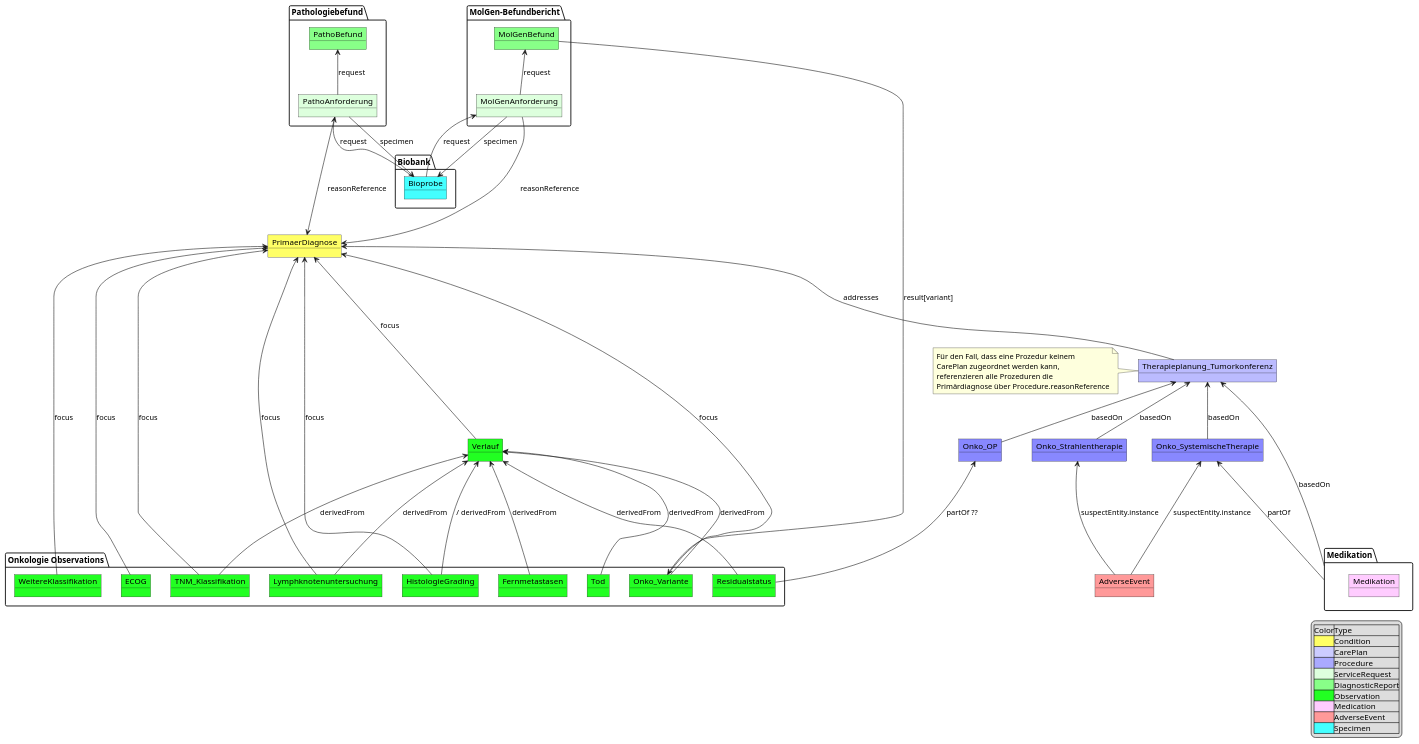
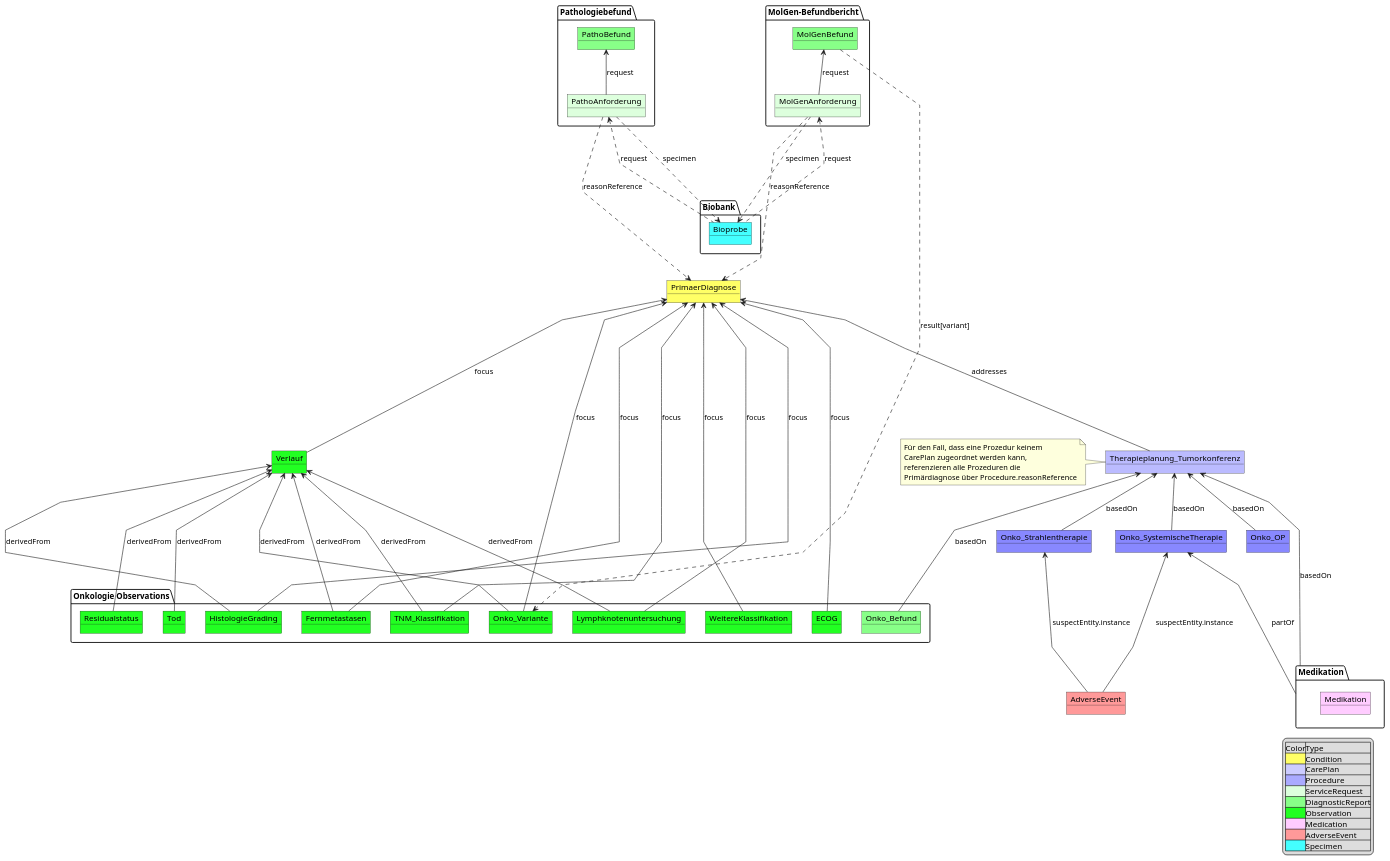
Before and after one commit to medizininformatik-initiative/kerndatensatzmodul-onkologie: the diagram in information_model/MII_Onko_UML_Relations.pu, drawn with PlantUML. The commit also changed 1 other file, not shown here.

```diff
--- a/information_model/MII_Onko_UML_Relations.pu
+++ b/information_model/MII_Onko_UML_Relations.pu
@@ -3,102 +3,102 @@
 @startuml MII KDS Erweiterungsmodul Onkologie
-
+skinparam linetype polyline
 object Onko_OP #8888FF
 object Onko_Strahlentherapie #8888FF
 object Onko_SystemischeTherapie #8888FF
 object Therapieplanung_Tumorkonferenz #BBBBFF
 note left of Therapieplanung_Tumorkonferenz 
   Für den Fall, dass eine Prozedur keinem 
   CarePlan zugeordnet werden kann,
   referenzieren alle Prozeduren die 
   Primärdiagnose über Procedure.reasonReference
 end note
 
 Therapieplanung_Tumorkonferenz <-- Onko_OP: basedOn 
 Therapieplanung_Tumorkonferenz <-- Onko_Strahlentherapie: basedOn
 Therapieplanung_Tumorkonferenz <-- Onko_SystemischeTherapie: basedOn
 package "Medikation" {
     object Medikation #FFCCFF
 }
 Onko_SystemischeTherapie <--- Medikation : partOf 
 Therapieplanung_Tumorkonferenz <--- Medikation: basedOn
 object PrimaerDiagnose #FFFF66
 
 package "Onkologie Observations"{
     object Onko_Variante #22FF22
     object Fernmetastasen #22FF22
     object TNM_Klassifikation #22FF22
     object WeitereKlassifikation #22FF22 
     object Lymphknotenuntersuchung #22FF22
     object HistologieGrading #22FF22
     object Residualstatus #22FF22
     object ECOG #22FF22
     object Tod #22FF22
+    object Onko_Befund #88FF88
+
 }
 
 PrimaerDiagnose <--- TNM_Klassifikation: focus
 PrimaerDiagnose <---  Therapieplanung_Tumorkonferenz : addresses
 PrimaerDiagnose <--- Lymphknotenuntersuchung: focus
 PrimaerDiagnose <--- HistologieGrading :focus
 PrimaerDiagnose <--- Onko_Variante :focus
 PrimaerDiagnose <--- WeitereKlassifikation: focus
 PrimaerDiagnose <--- ECOG :focus
+PrimaerDiagnose <--- Fernmetastasen :focus
 
+Therapieplanung_Tumorkonferenz <--- Onko_Befund  : basedOn
 
 object Verlauf #22FF22
 PrimaerDiagnose <----  Verlauf : focus
 Verlauf <--- Tod: derivedFrom
 Verlauf <--- TNM_Klassifikation:  derivedFrom
 Verlauf <---  Lymphknotenuntersuchung : derivedFrom
-
-Verlauf <---  HistologieGrading :/ derivedFrom
+Verlauf <---  HistologieGrading : derivedFrom
 Verlauf <--- Fernmetastasen: derivedFrom
-
 Verlauf <--- Residualstatus:  derivedFrom
-Onko_OP <--- Residualstatus: partOf ??
-
 Verlauf <--- Onko_Variante: derivedFrom
 
 package "Pathologiebefund" {
     object PathoAnforderung #DDFFDD
     object PathoBefund #88FF88
 }
 PathoBefund <-- PathoAnforderung : request
 
 
 package "MolGen-Befundbericht" {
     object MolGenAnforderung #DDFFDD
     object MolGenBefund #88FF88
 }
 MolGenBefund <-- MolGenAnforderung: request
 
 package "Biobank" {
     object Bioprobe #44FFFF
 }
 
-MolGenBefund ----> Onko_Variante: result[variant]
-PathoAnforderung  ---> PrimaerDiagnose : reasonReference
-MolGenAnforderung ---> PrimaerDiagnose: reasonReference
-PathoAnforderung --> Bioprobe: specimen
-PathoAnforderung <-- Bioprobe: request
-MolGenAnforderung --> Bioprobe: specimen
-MolGenAnforderung <-- Bioprobe: request
+MolGenBefund ....> Onko_Variante: result[variant]
+PathoAnforderung  ....> PrimaerDiagnose : reasonReference
+MolGenAnforderung ....> PrimaerDiagnose: reasonReference
+PathoAnforderung ...> Bioprobe: specimen
+PathoAnforderung <... Bioprobe: request
+MolGenAnforderung ...> Bioprobe: specimen
+MolGenAnforderung <... Bioprobe: request
 
 object AdverseEvent #FF9999
 Onko_SystemischeTherapie <--- AdverseEvent: suspectEntity.instance
 Onko_Strahlentherapie <--- AdverseEvent: suspectEntity.instance
 
 legend right 
 |Color|Type|
 |<#FFFF66>|Condition|
 |<#CCCCFF>|CarePlan|
 |<#AAAAFF>|Procedure|
 |<#DDFFDD>|ServiceRequest|
 |<#88FF88>|DiagnosticReport|
 |<#22FF22>|Observation|
 |<#FFCCFF>|Medication|
 |<#FF9999>|AdverseEvent|
 |<#44FFFF>|Specimen|
 endlegend
 
 
 @enduml
```
